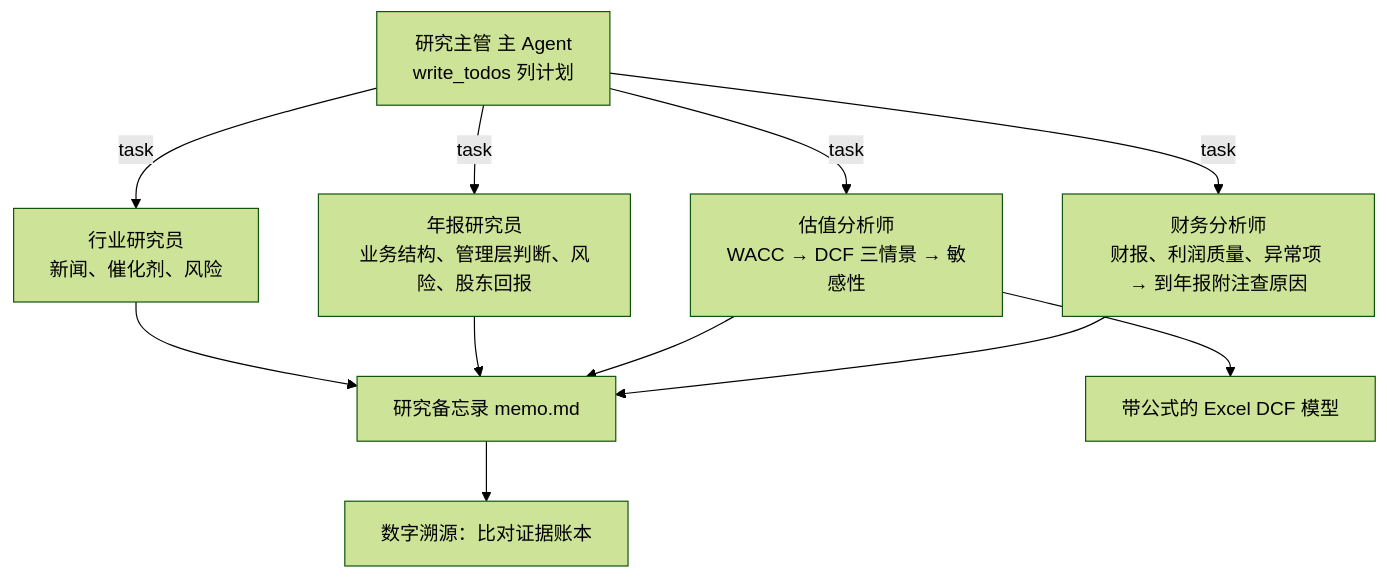
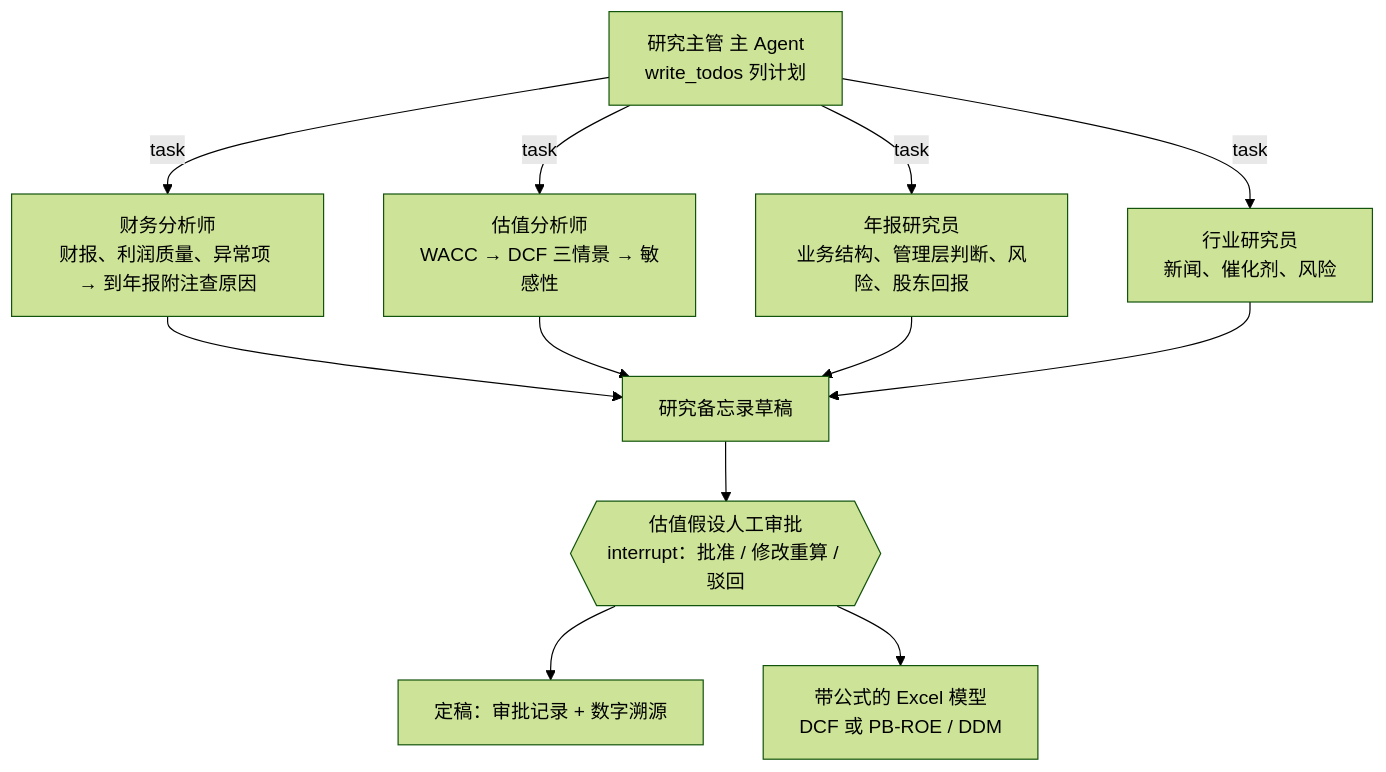
One commit to zechen981013/cyron-veritas changed the third of 3 diagrams in README.md. Above: the diagram before and after it, drawn with Mermaid (forest theme). The commit also changed other lines of this file and 26 other files, not shown here.

````diff
--- a/README.md
+++ b/README.md
@@ -75,10 +79,11 @@
 ```mermaid
 flowchart TB
     L[研究主管 主 Agent<br/>write_todos 列计划] -->|task| FA[财务分析师<br/>财报、利润质量、异常项 → 到年报附注查原因]
     L -->|task| VA[估值分析师<br/>WACC → DCF 三情景 → 敏感性]
     L -->|task| FL[年报研究员<br/>业务结构、管理层判断、风险、股东回报]
     L -->|task| IR[行业研究员<br/>新闻、催化剂、风险]
-    FA & VA & FL & IR --> M[研究备忘录 memo.md]
-    M --> T[数字溯源：比对证据账本]
-    VA --> X[带公式的 Excel DCF 模型]
+    FA & VA & FL & IR --> M[研究备忘录草稿]
+    M --> R{{估值假设人工审批<br/>interrupt：批准 / 修改重算 / 驳回}}
+    R --> T[定稿：审批记录 + 数字溯源]
+    R --> X[带公式的 Excel 模型<br/>DCF 或 PB-ROE / DDM]
 ```
````
